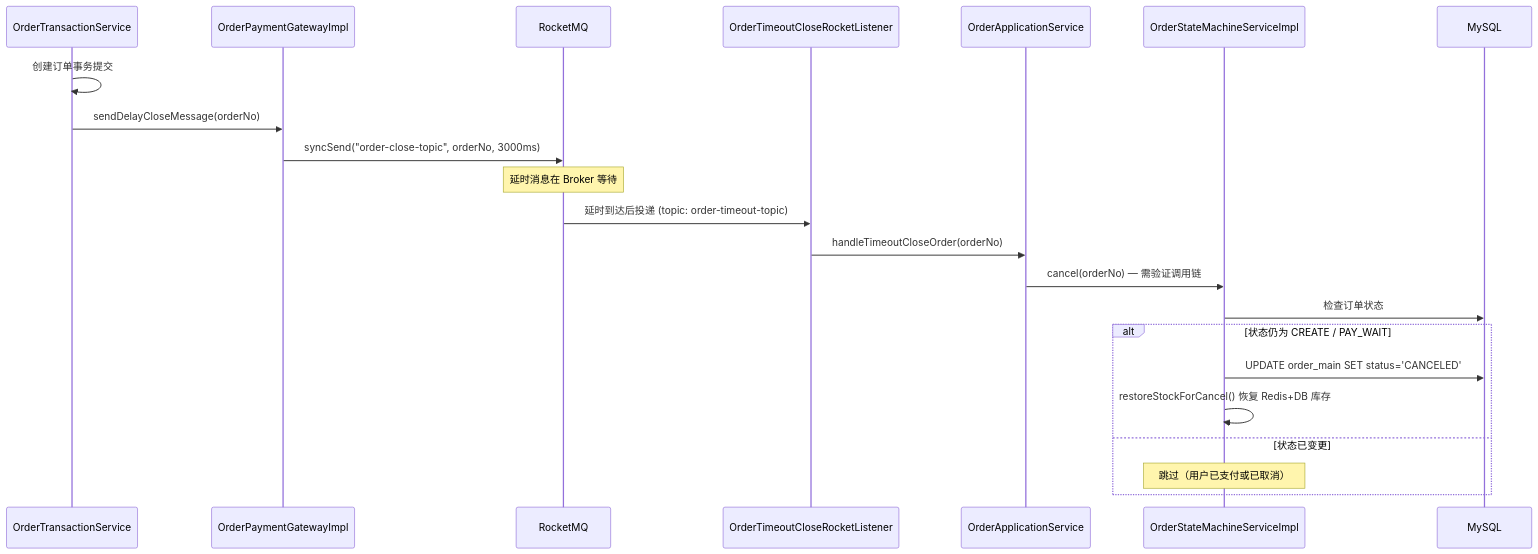
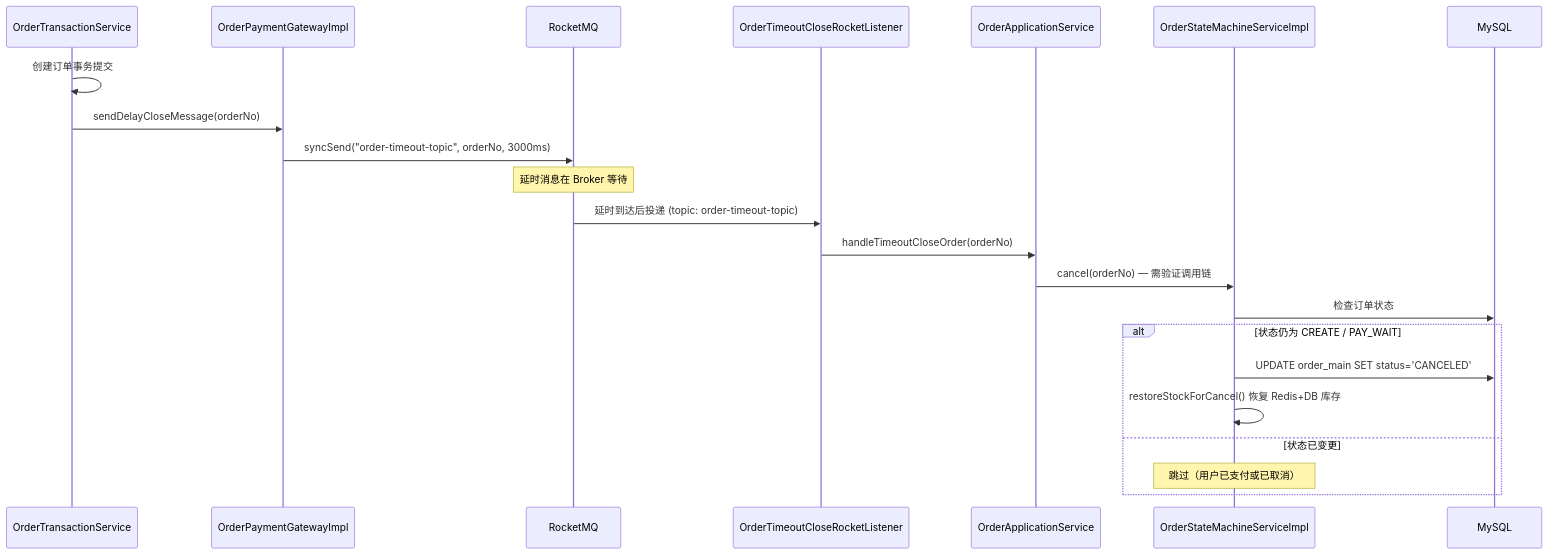
Before and after one commit to sxlva/s-pay-mall: the fifth of 5 diagrams in docs/design/module-order-pay.md, drawn with Mermaid. The commit also changed other lines of this file and 266 other files, not shown here.

````diff
--- a/docs/design/module-order-pay.md
+++ b/docs/design/module-order-pay.md
@@ -196,25 +193,25 @@
 ```mermaid
 sequenceDiagram
     participant TX as OrderTransactionService
     participant GW as OrderPaymentGatewayImpl
     participant MQ as RocketMQ
     participant L as OrderTimeoutCloseRocketListener
     participant S as OrderApplicationService
     participant OSS as OrderStateMachineServiceImpl
     participant DB as MySQL
 
     TX->>TX: 创建订单事务提交
     TX->>GW: sendDelayCloseMessage(orderNo)
-    GW->>MQ: syncSend("order-close-topic", orderNo, 3000ms)
+    GW->>MQ: syncSend("order-timeout-topic", orderNo, 3000ms)
     Note over MQ: 延时消息在 Broker 等待
     MQ->>L: 延时到达后投递 (topic: order-timeout-topic)
     L->>S: handleTimeoutCloseOrder(orderNo)
     S->>OSS: cancel(orderNo) — 需验证调用链
     OSS->>DB: 检查订单状态
     alt 状态仍为 CREATE / PAY_WAIT
         OSS->>DB: UPDATE order_main SET status='CANCELED'
         OSS->>OSS: restoreStockForCancel() 恢复 Redis+DB 库存
     else 状态已变更
         Note over OSS: 跳过（用户已支付或已取消）
     end
 ```
````
